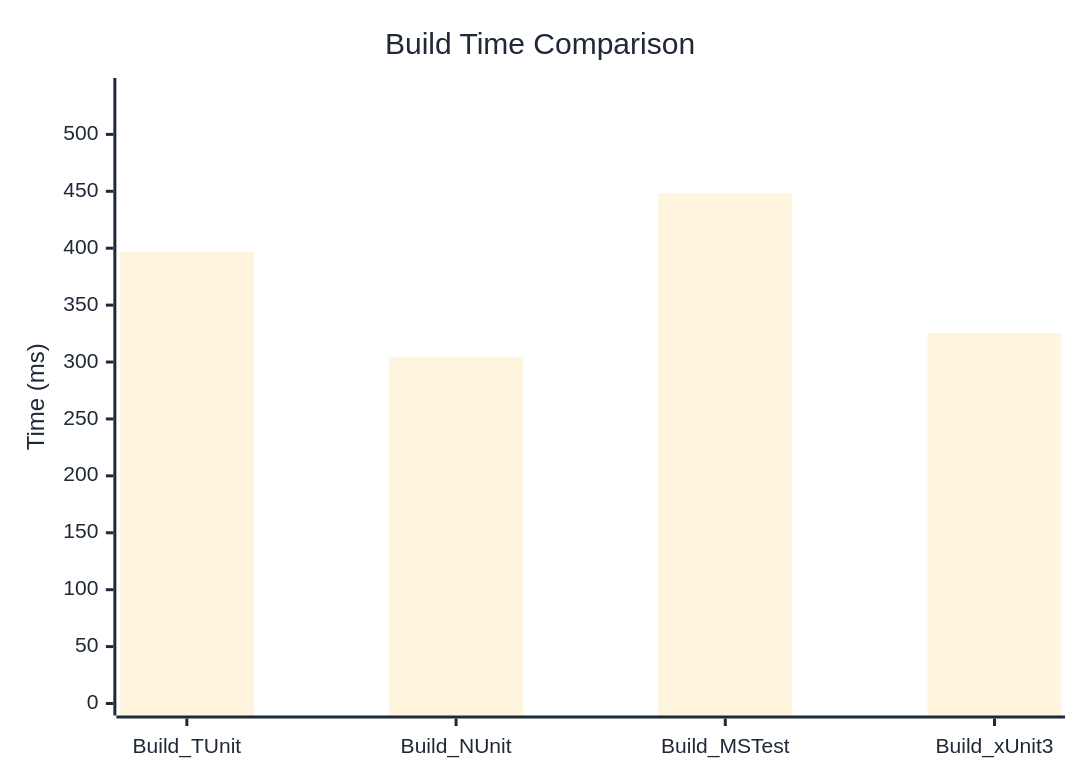
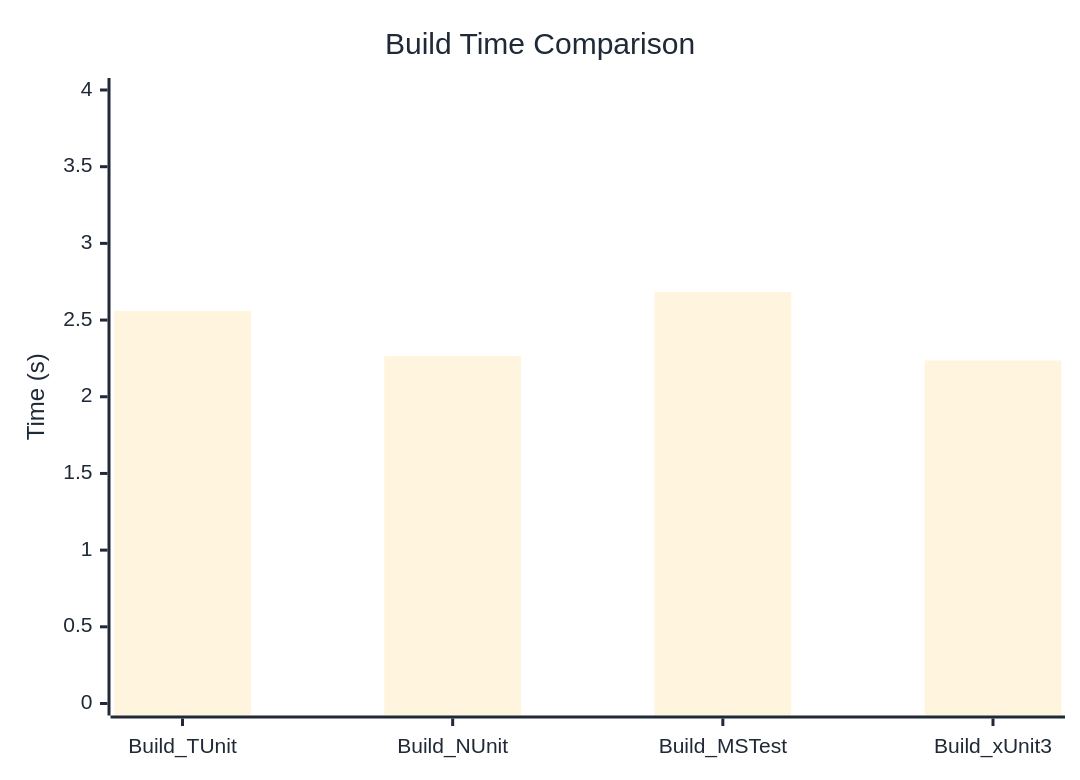
The diagram in docs/docs/benchmarks/engine/BuildTime.md (thomhurst/TUnit), drawn with Mermaid before and after one commit. The commit also changed other lines of this file and 18 other files, not shown here.

````diff
--- a/docs/docs/benchmarks/engine/BuildTime.md
+++ b/docs/docs/benchmarks/engine/BuildTime.md
@@ -30,37 +30,37 @@
 ```mermaid
 %%{init: {
   'theme':'base',
   'themeVariables': {
     'primaryColor': '#2563eb',
     'primaryTextColor': '#1f2937',
     'primaryBorderColor': '#1e40af',
     'lineColor': '#6b7280',
     'secondaryColor': '#7c3aed',
     'tertiaryColor': '#dc2626',
     'background': '#ffffff',
     'mainBkg': '#2563eb',
     'secondBkg': '#7c3aed',
     'tertiaryBkg': '#dc2626',
     'clusterBkg': '#f3f4f6',
     'edgeLabelBackground': '#ffffff',
     'tertiaryTextColor': '#1f2937',
     'pie1': '#2563eb',
     'pie2': '#7c3aed',
     'pie3': '#dc2626',
     'pie4': '#f59e0b',
     'pie5': '#10b981',
     'pie6': '#06b6d4',
     'pie7': '#ec4899',
     'pie8': '#6366f1',
     'pie9': '#84cc16',
     'pie10': '#f97316',
     'pie11': '#14b8a6',
     'pie12': '#a855f7'
   }
 }}%%
 xychart-beta
   title "Build Time Comparison"
   x-axis ["Build_TUnit", "Build_NUnit", "Build_MSTest", "Build_xUnit3"]
-  y-axis "Time (ms)" 0 --> 539
-  bar [396.7, 304.3, 448.4, 325.5]
+  y-axis "Time (s)" 0 --> 4
+  bar [2.56, 2.266, 2.683, 2.236]
 ```
````
